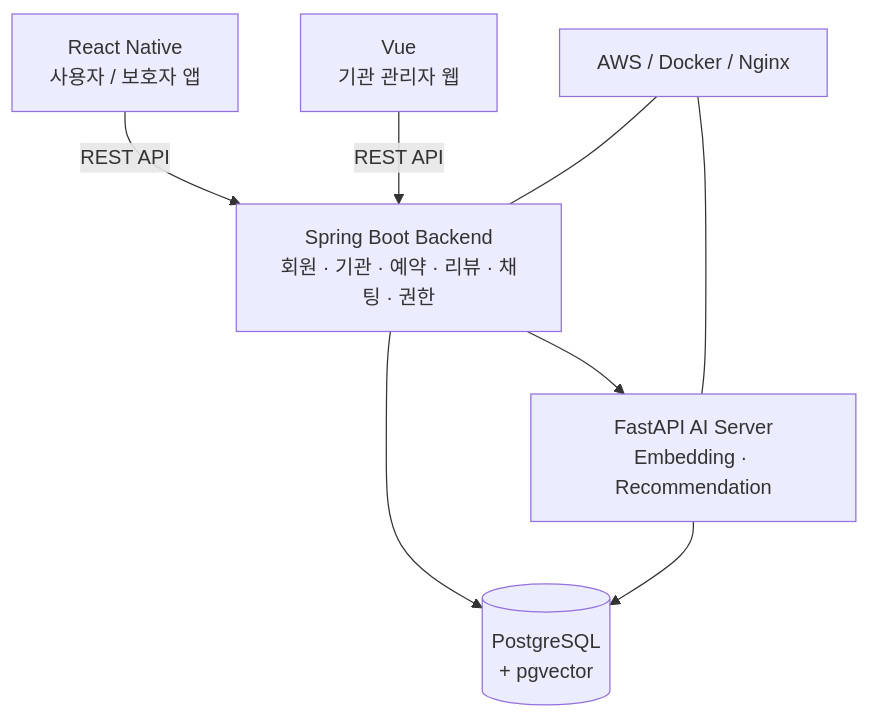
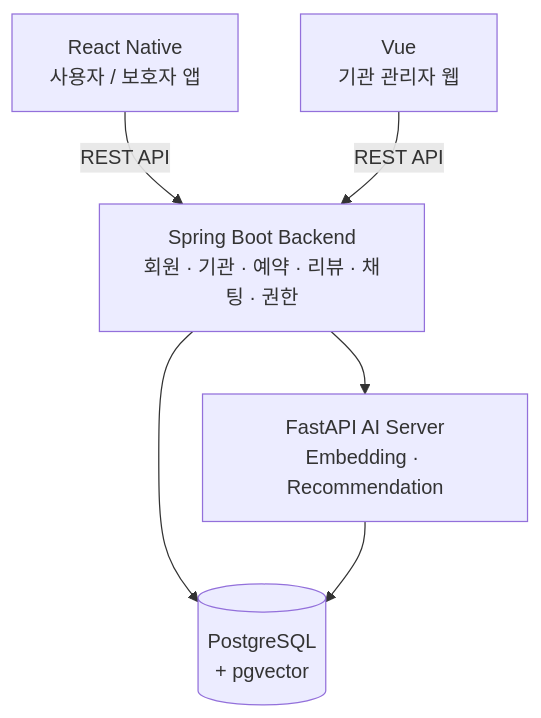
Before and after one commit to clainyun/caring-showcase: the second of 7 diagrams in README.md, drawn with Mermaid. The commit also changed other lines of this file, not shown here.

````diff
--- a/README.md
+++ b/README.md
@@ -248,17 +264,18 @@
 ```mermaid
 flowchart TB
     Mobile[React Native<br/>사용자 / 보호자 앱]
     Web[Vue<br/>기관 관리자 웹]
+
     Backend[Spring Boot Backend<br/>회원 · 기관 · 예약 · 리뷰 · 채팅 · 권한]
+
     DB[(PostgreSQL<br/>+ pgvector)]
+
     AI[FastAPI AI Server<br/>Embedding · Recommendation]
-    Cloud[AWS / Docker / Nginx]
 
     Mobile -->|REST API| Backend
     Web -->|REST API| Backend
+
     Backend --> DB
     Backend --> AI
     AI --> DB
-    Cloud --- Backend
-    Cloud --- AI
 ```
````
